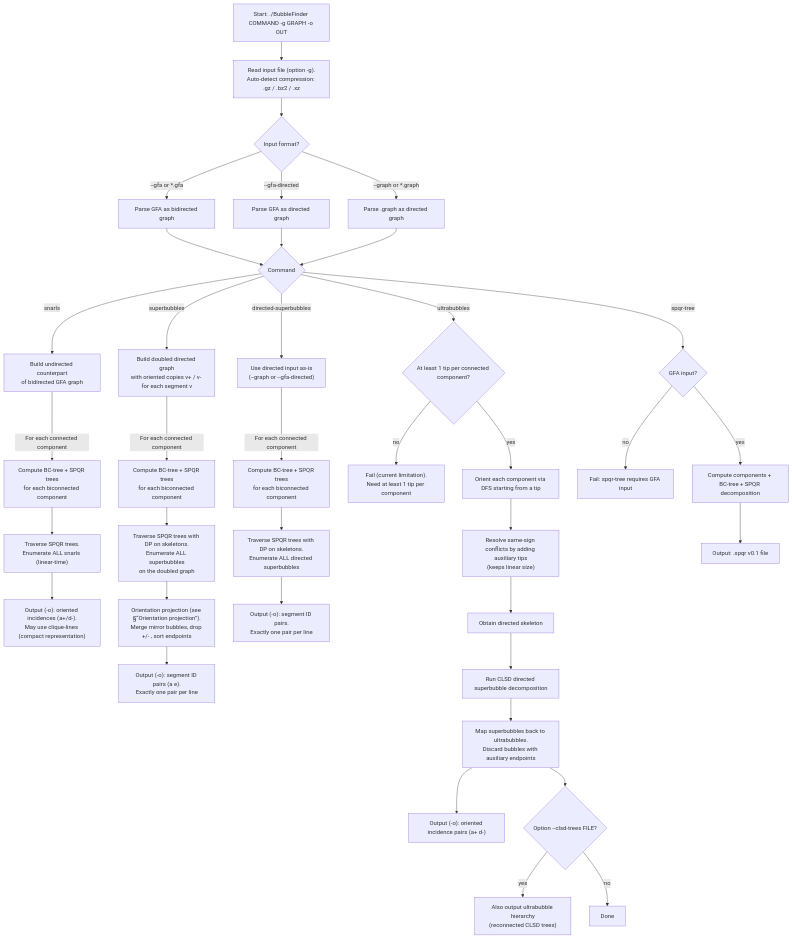
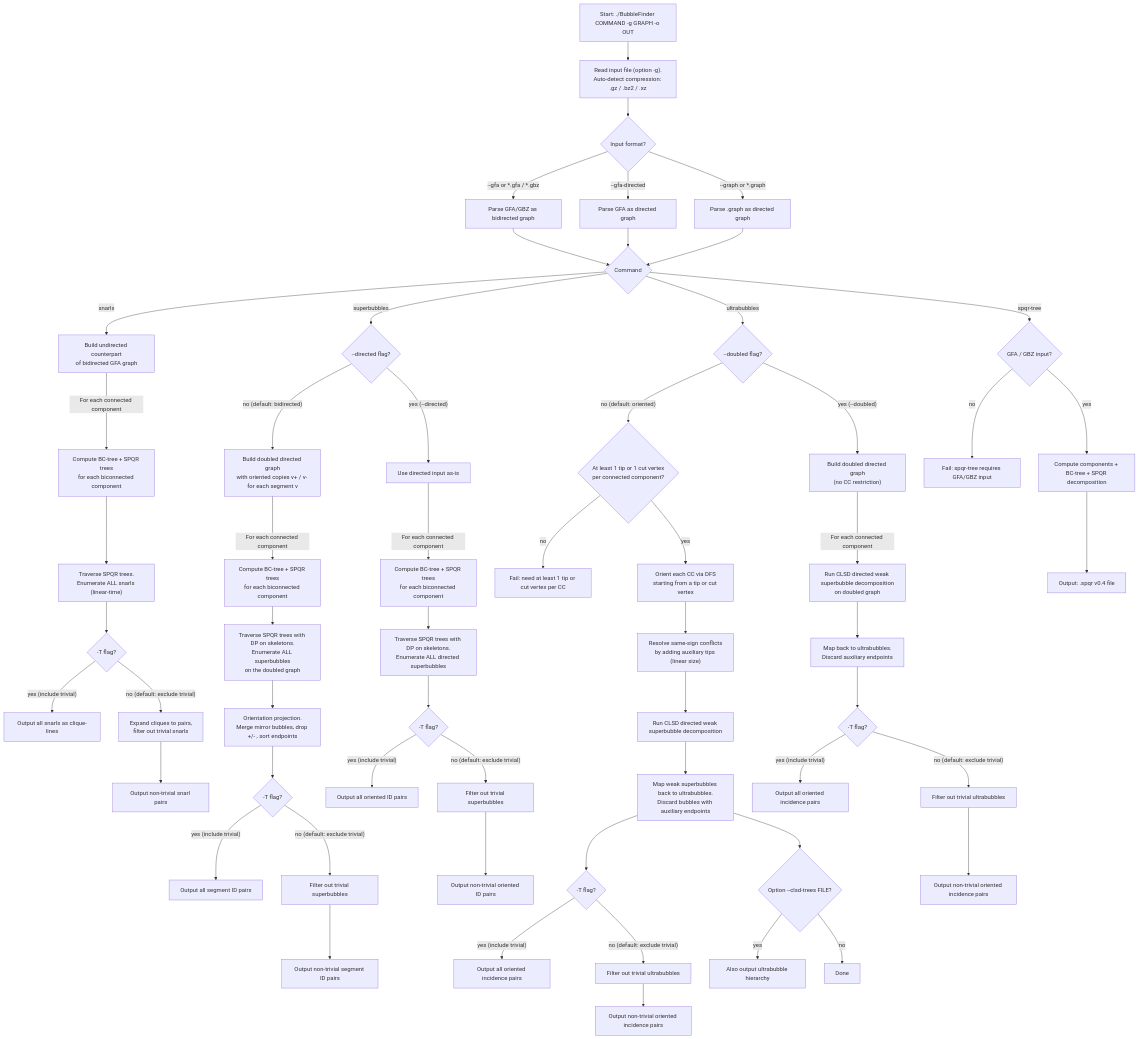
The diagram in README.md (algbio/BubbleFinder), drawn with Mermaid before and after one commit. The commit also changed other lines of this file and 10 other files, not shown here.

Commit message:
GBZ support, optimized GFA parser, cutvertex orientation, --doubled/--directed/--trivial flags, merged CLI

````diff
--- a/README.md
+++ b/README.md
@@ -80,52 +80,72 @@
 ```mermaid
 flowchart TD
-  %% POINT D'ENTRÉE GÉNÉRAL
   A["Start: ./BubbleFinder COMMAND -g GRAPH -o OUT"] --> B["Read input file (option -g).<br>Auto-detect compression: .gz / .bz2 / .xz"]
   B --> C{"Input format?"}
-  C -->|"--gfa or *.gfa"| D["Parse GFA as bidirected graph"]
+  C -->|"--gfa or *.gfa / *.gbz"| D["Parse GFA/GBZ as bidirected graph"]
   C -->|"--gfa-directed"| E["Parse GFA as directed graph"]
   C -->|"--graph or *.graph"| F["Parse .graph as directed graph"]
 
-  %% SÉLECTION DE COMMANDE
   D --> G{"Command"}
   E --> G
   F --> G
 
   %% SNARLS
   G -->|snarls| S0["Build undirected counterpart<br>of bidirected GFA graph"]
   S0 -->|"For each connected component"| S1["Compute BC-tree + SPQR trees<br>for each biconnected component"]
   S1 --> S2["Traverse SPQR trees.<br>Enumerate ALL snarls (linear-time)"]
-  S2 --> S3["Output (-o): oriented incidences (a+/d-).<br>May use clique-lines (compact representation)"]
+  S2 --> S_triv{"-T flag?"}
+  S_triv -->|"yes (include trivial)"| S3a["Output all snarls as clique-lines"]
+  S_triv -->|"no (default: exclude trivial)"| S3b["Expand cliques to pairs,<br>filter out trivial snarls"]
+  S3b --> S3c["Output non-trivial snarl pairs"]
 
-  %% SUPERBUBBLES (bidirected GFA -> doubled directed)
-  G -->|superbubbles| SB0["Build doubled directed graph<br>with oriented copies v+ / v- for each segment v"]
+  %% SUPERBUBBLES
+  G -->|superbubbles| SB_mode{"--directed flag?"}
+
+  SB_mode -->|"no (default: bidirected)"| SB0["Build doubled directed graph<br>with oriented copies v+ / v- for each segment v"]
   SB0 -->|"For each connected component"| SB1["Compute BC-tree + SPQR trees<br>for each biconnected component"]
   SB1 --> SB2["Traverse SPQR trees with DP on skeletons.<br>Enumerate ALL superbubbles<br>on the doubled graph"]
-  SB2 --> SB3["Orientation projection (see §“Orientation projection”).<br>Merge mirror bubbles, drop +/- , sort endpoints"]
-  SB3 --> SB4["Output (-o): segment ID pairs (a e).<br>Exactly one pair per line"]
+  SB2 --> SB3["Orientation projection.<br>Merge mirror bubbles, drop +/- , sort endpoints"]
+  SB3 --> SB_triv{"-T flag?"}
+  SB_triv -->|"yes (include trivial)"| SB4a["Output all segment ID pairs"]
+  SB_triv -->|"no (default: exclude trivial)"| SB4b["Filter out trivial superbubbles"]
+  SB4b --> SB4c["Output non-trivial segment ID pairs"]
 
-  %% DIRECTED SUPERBUBBLES (même algo, graphe déjà dirigé)
-  G -->|directed-superbubbles| DSB0["Use directed input as-is<br>(--graph or --gfa-directed)"]
+  SB_mode -->|"yes (--directed)"| DSB0["Use directed input as-is"]
   DSB0 -->|"For each connected component"| DSB1["Compute BC-tree + SPQR trees<br>for each biconnected component"]
   DSB1 --> DSB2["Traverse SPQR trees with DP on skeletons.<br>Enumerate ALL directed superbubbles"]
-  DSB2 --> DSB3["Output (-o): segment ID pairs.<br>Exactly one pair per line"]
+  DSB2 --> DSB_triv{"-T flag?"}
+  DSB_triv -->|"yes (include trivial)"| DSB3a["Output all oriented ID pairs"]
+  DSB_triv -->|"no (default: exclude trivial)"| DSB3b["Filter out trivial superbubbles"]
+  DSB3b --> DSB3c["Output non-trivial oriented ID pairs"]
 
-  %% ULTRABUBBLES (orientation + superbubbles dirigés)
-  G -->|ultrabubbles| U0{"At least 1 tip per connected component?"}
-  U0 -->|no| Ufail["Fail (current limitation).<br>Need at least 1 tip per component"]
-  U0 -->|yes| U1["Orient each component via DFS starting from a tip"]
-  U1 --> U2["Resolve same-sign conflicts by adding auxiliary tips<br>(keeps linear size)"]
-  U2 --> U3["Obtain directed skeleton"]
-  U3 --> U4["Run CLSD directed superbubble decomposition"]
-  U4 --> U5["Map superbubbles back to ultrabubbles.<br>Discard bubbles with auxiliary endpoints"]
-  U5 --> U6["Output (-o): oriented incidence pairs (a+ d-)"]
-  U5 --> U7{"Option --clsd-trees FILE?"}
-  U7 -->|yes| U8["Also output ultrabubble hierarchy<br>(reconnected CLSD trees)"]
+  %% ULTRABUBBLES
+  G -->|ultrabubbles| U_mode{"--doubled flag?"}
+
+  U_mode -->|"no (default: oriented)"| U0{"At least 1 tip or 1 cut vertex<br>per connected component?"}
+  U0 -->|no| Ufail["Fail: need at least 1 tip or cut vertex per CC"]
+  U0 -->|yes| U1["Orient each CC via DFS<br>starting from a tip or cut vertex"]
+  U1 --> U2["Resolve same-sign conflicts<br>by adding auxiliary tips (linear size)"]
+  U2 --> U3["Run CLSD directed weak superbubble decomposition"]
+  U3 --> U4["Map weak superbubbles back to ultrabubbles.<br>Discard bubbles with auxiliary endpoints"]
+  U4 --> U_triv{"-T flag?"}
+  U_triv -->|"yes (include trivial)"| U5a["Output all oriented incidence pairs"]
+  U_triv -->|"no (default: exclude trivial)"| U5b["Filter out trivial ultrabubbles"]
+  U5b --> U5c["Output non-trivial oriented incidence pairs"]
+  U4 --> U7{"Option --clsd-trees FILE?"}
+  U7 -->|yes| U8["Also output ultrabubble hierarchy"]
   U7 -->|no| End1["Done"]
 
+  U_mode -->|"yes (--doubled)"| UD0["Build doubled directed graph<br>(no CC restriction)"]
+  UD0 -->|"For each connected component"| UD1["Run CLSD directed weak superbubble decomposition<br>on doubled graph"]
+  UD1 --> UD2["Map back to ultrabubbles.<br>Discard auxiliary endpoints"]
+  UD2 --> UD_triv{"-T flag?"}
+  UD_triv -->|"yes (include trivial)"| UD3a["Output all oriented incidence pairs"]
+  UD_triv -->|"no (default: exclude trivial)"| UD3b["Filter out trivial ultrabubbles"]
+  UD3b --> UD3c["Output non-trivial oriented incidence pairs"]
+
   %% SPQR-TREE OUTPUT
-  G -->|spqr-tree| P0{"GFA input?"}
-  P0 -->|no| Pfail["Fail: spqr-tree requires GFA input"]
+  G -->|spqr-tree| P0{"GFA / GBZ input?"}
+  P0 -->|no| Pfail["Fail: spqr-tree requires GFA/GBZ input"]
   P0 -->|yes| P1["Compute components + BC-tree + SPQR decomposition"]
-  P1 --> P2["Output: .spqr v0.1 file"]
+  P1 --> P2["Output: .spqr v0.4 file"]
 ```
````
